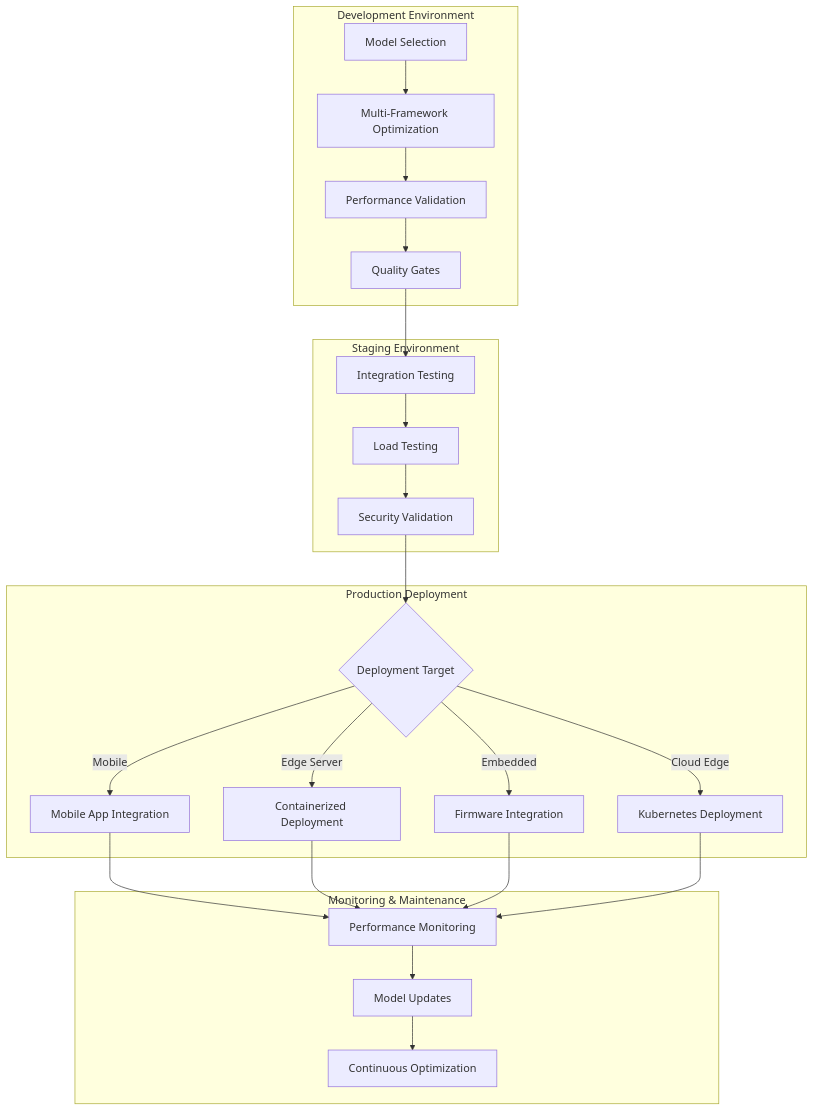
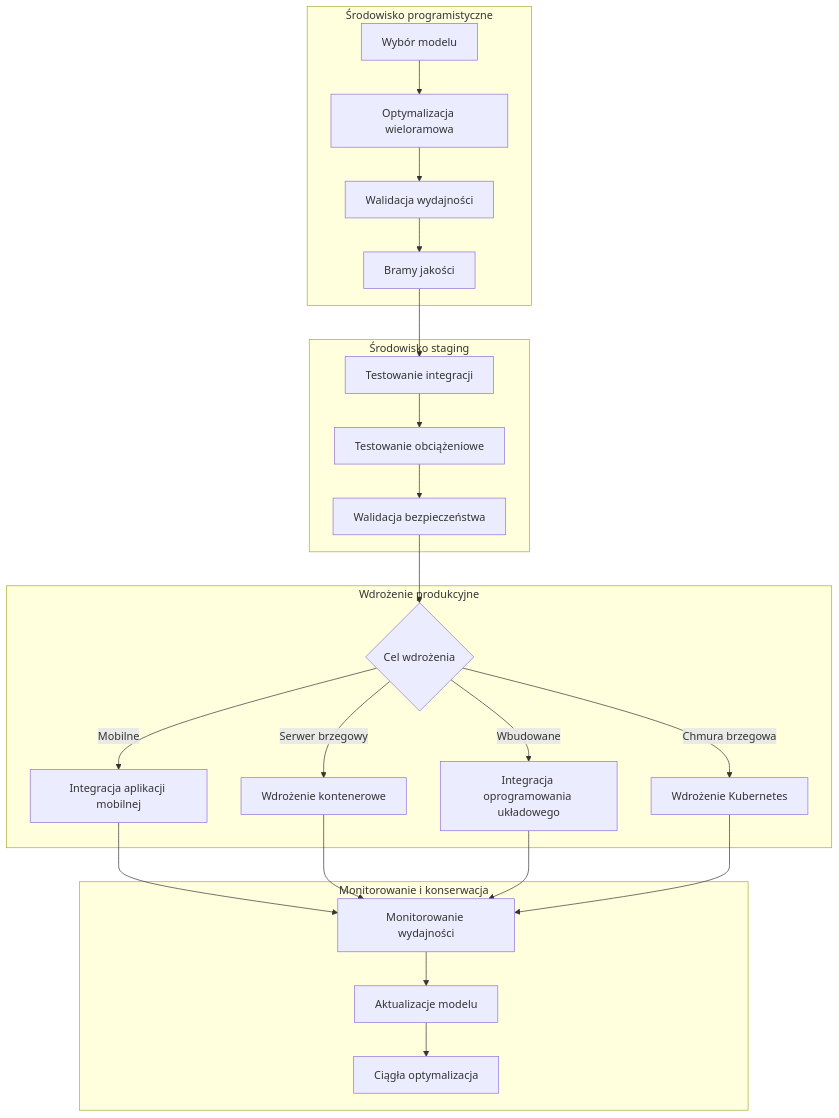
Before and after one commit to microsoft/edgeai-for-beginners: the third of 3 diagrams in translations/pl/Module04/06.workflow-synthesis.md, drawn with Mermaid. The commit also changed other lines of this file and 28 other files, not shown here.

````diff
--- a/translations/pl/Module04/06.workflow-synthesis.md
+++ b/translations/pl/Module04/06.workflow-synthesis.md
@@ -402,31 +402,31 @@
 ```mermaid
 graph TB
-    subgraph "Development Environment"
-        A[Model Selection] --> B[Multi-Framework Optimization]
-        B --> C[Performance Validation]
-        C --> D[Quality Gates]
+    subgraph "Środowisko programistyczne"
+        A[Wybór modelu] --> B[Optymalizacja wieloramowa]
+        B --> C[Walidacja wydajności]
+        C --> D[Bramy jakości]
     end
     
-    subgraph "Staging Environment"
-        D --> E[Integration Testing]
-        E --> F[Load Testing]
-        F --> G[Security Validation]
+    subgraph "Środowisko staging"
+        D --> E[Testowanie integracji]
+        E --> F[Testowanie obciążeniowe]
+        F --> G[Walidacja bezpieczeństwa]
     end
     
-    subgraph "Production Deployment"
-        G --> H{Deployment Target}
-        H -->|Mobile| I[Mobile App Integration]
-        H -->|Edge Server| J[Containerized Deployment]
-        H -->|Embedded| K[Firmware Integration]
-        H -->|Cloud Edge| L[Kubernetes Deployment]
+    subgraph "Wdrożenie produkcyjne"
+        G --> H{Cel wdrożenia}
+        H -->|Mobilne| I[Integracja aplikacji mobilnej]
+        H -->|Serwer brzegowy| J[Wdrożenie kontenerowe]
+        H -->|Wbudowane| K[Integracja oprogramowania układowego]
+        H -->|Chmura brzegowa| L[Wdrożenie Kubernetes]
     end
     
-    subgraph "Monitoring & Maintenance"
-        I --> M[Performance Monitoring]
+    subgraph "Monitorowanie i konserwacja"
+        I --> M[Monitorowanie wydajności]
         J --> M
         K --> M
         L --> M
-        M --> N[Model Updates]
-        N --> O[Continuous Optimization]
+        M --> N[Aktualizacje modelu]
+        N --> O[Ciągła optymalizacja]
     end
 ```
````
